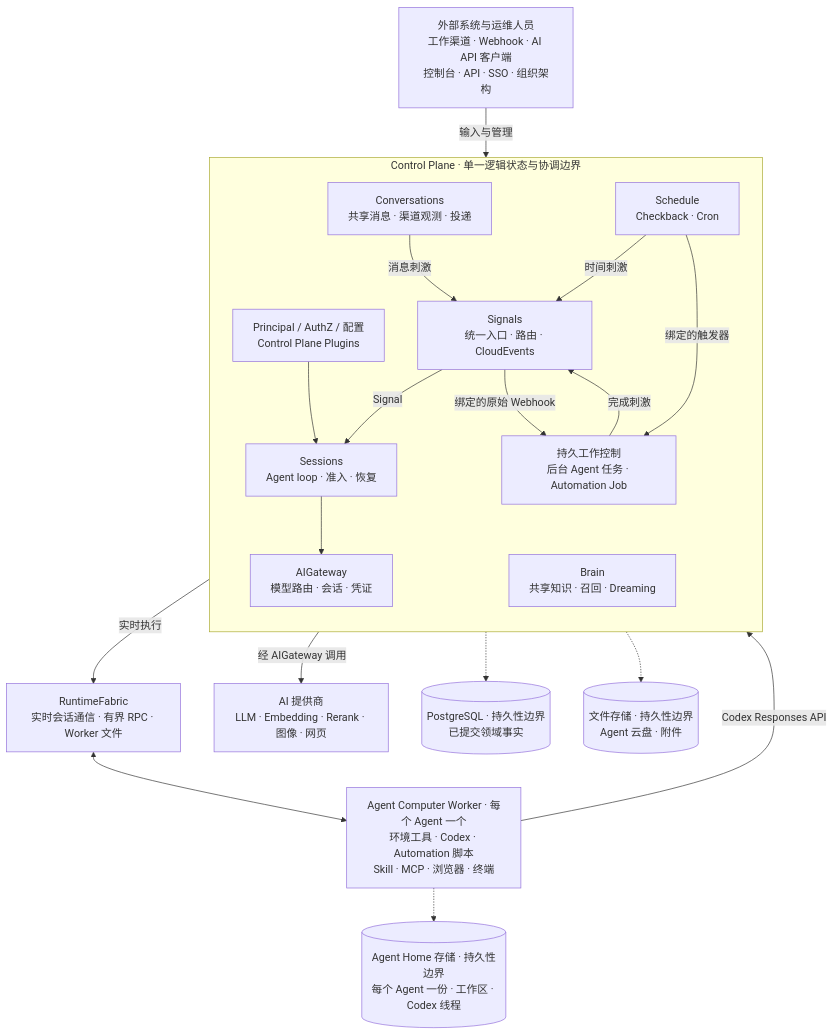
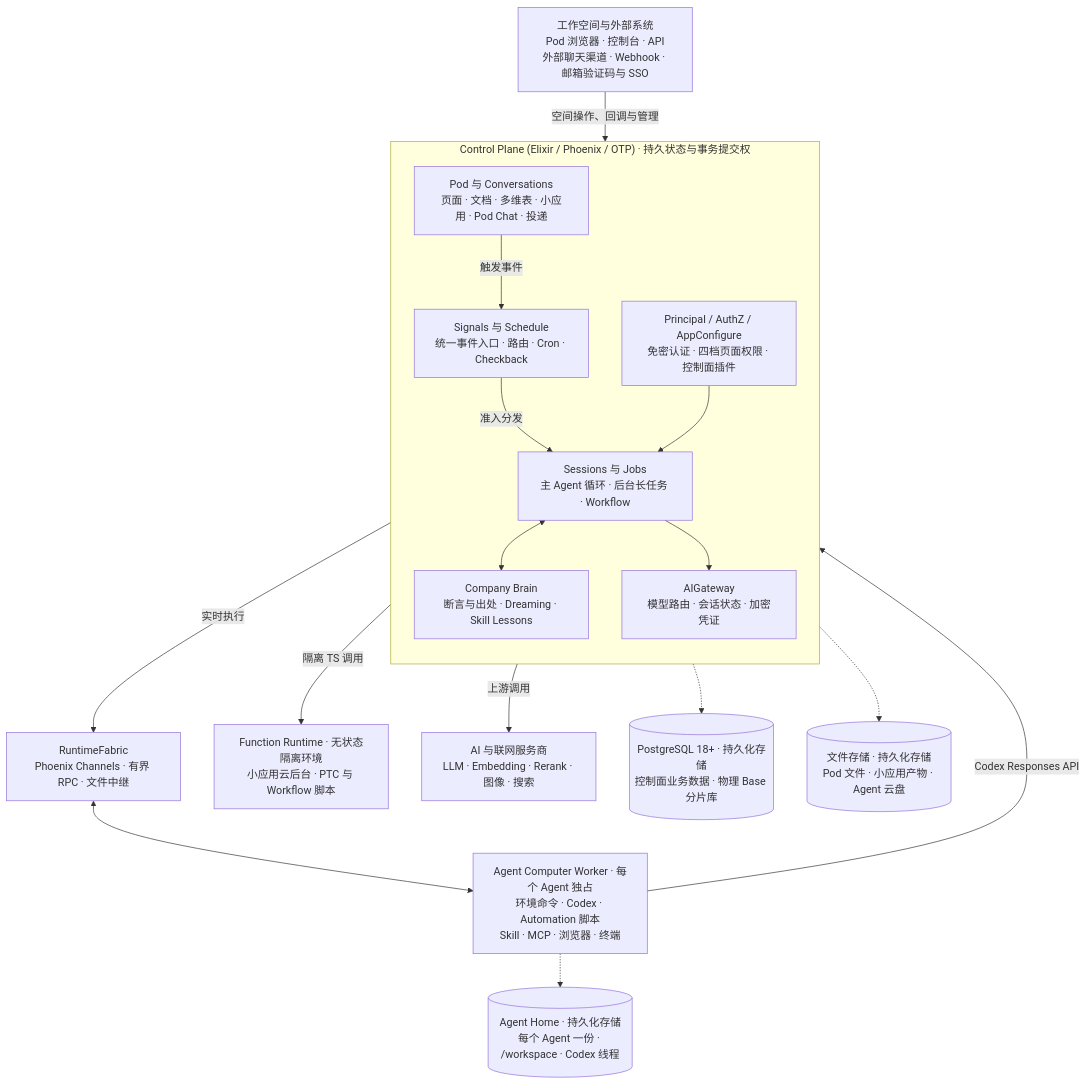
The diagram in README.zh-Hans.md (AgentBull/ankole), drawn with Mermaid before and after one commit. The commit also changed other lines of this file and 556 other files, not shown here.

First line of the commit message:
feat: add local function runtime image management and sccache support

````diff
--- a/README.zh-Hans.md
+++ b/README.zh-Hans.md
@@ -152,41 +150,38 @@
 ```mermaid
 flowchart TB
-  External["外部系统与运维人员<br/>工作渠道 · Webhook · AI API 客户端<br/>控制台 · API · SSO · 组织架构"]
+  External["工作空间与外部系统<br/>Pod 浏览器 · 控制台 · API<br/>外部聊天渠道 · Webhook · 邮箱验证码与 SSO"]
 
-  subgraph Control["Control Plane · 单一逻辑状态与协调边界"]
+  subgraph Control["Control Plane (Elixir / Phoenix / OTP) · 持久状态与事务提交权"]
     direction TB
-    Platform["Principal / AuthZ / 配置<br/>Control Plane Plugins"]
-    Convo["Conversations<br/>共享消息 · 渠道观测 · 投递"]
-    Signals["Signals<br/>统一入口 · 路由 · CloudEvents"]
-    Schedule["Schedule<br/>Checkback · Cron"]
-    Runtime["Sessions<br/>Agent loop · 准入 · 恢复"]
-    Jobs["持久工作控制<br/>后台 Agent 任务 · Automation Job"]
-    Brain["Brain<br/>共享知识 · 召回 · Dreaming"]
-    AI["AIGateway<br/>模型路由 · 会话 · 凭证"]
+    Pod["Pod 与 Conversations<br/>页面 · 文档 · 多维表 · 小应用 · Pod Chat · 投递"]
+    Platform["Principal / AuthZ / AppConfigure<br/>免密认证 · 四档页面权限 · 控制面插件"]
+    Signals["Signals 与 Schedule<br/>统一事件入口 · 路由 · Cron · Checkback"]
+    Runtime["Sessions 与 Jobs<br/>主 Agent 循环 · 后台长任务 · Workflow"]
+    Brain["Company Brain<br/>断言与出处 · Dreaming · Skill Lessons"]
+    AI["AIGateway<br/>模型路由 · 会话状态 · 加密凭证"]
   end
 
-  Fabric["RuntimeFabric<br/>实时会话通信 · 有界 RPC · Worker 文件"]
-  Workers["Agent Computer Worker · 每个 Agent 一个<br/>环境工具 · Codex · Automation 脚本<br/>Skill · MCP · 浏览器 · 终端"]
-  Providers["AI 提供商<br/>LLM · Embedding · Rerank · 图像 · 网页"]
+  Fabric["RuntimeFabric<br/>Phoenix Channels · 有界 RPC · 文件中继"]
+  Workers["Agent Computer Worker · 每个 Agent 独占<br/>环境命令 · Codex · Automation 脚本<br/>Skill · MCP · 浏览器 · 终端"]
+  FnRuntime["Function Runtime · 无状态隔离环境<br/>小应用云后台 · PTC 与 Workflow 脚本"]
+  Providers["AI 与联网服务商<br/>LLM · Embedding · Rerank · 图像 · 搜索"]
 
-  PG[("PostgreSQL · 持久性边界<br/>已提交领域事实")]
-  Files[("文件存储 · 持久性边界<br/>Agent 云盘 · 附件")]
-  Homes[("Agent Home 存储 · 持久性边界<br/>每个 Agent 一份 · 工作区 · Codex 线程")]
+  PG[("PostgreSQL 18+ · 持久化存储<br/>控制面业务数据 · 物理 Base 分片库")]
+  Files[("文件存储 · 持久化存储<br/>Pod 文件 · 小应用产物 · Agent 云盘")]
+  Homes[("Agent Home · 持久化存储<br/>每个 Agent 一份 · /workspace · Codex 线程")]
 
-  External -->|"输入与管理"| Control
-  Convo -->|"消息刺激"| Signals
-  Schedule -->|"时间刺激"| Signals
-  Jobs -->|"完成刺激"| Signals
-  Signals -->|"Signal"| Runtime
-  Signals -->|"绑定的原始 Webhook"| Jobs
-  Schedule -->|"绑定的触发器"| Jobs
+  External -->|"空间操作、回调与管理"| Control
+  Pod -->|"触发事件"| Signals
+  Signals -->|"准入分发"| Runtime
   Platform --> Runtime
+  Runtime <--> Brain
   Runtime --> AI
+  Control -->|"隔离 TS 调用"| FnRuntime
   Control -->|"实时执行"| Fabric
   Fabric <--> Workers
   Workers -->|"Codex Responses API"| AI
-  Control -->|"经 AIGateway 调用"| Providers
+  AI -->|"上游调用"| Providers
   Control -.-> PG
   Control -.-> Files
   Workers -.-> Homes
 ```
````
